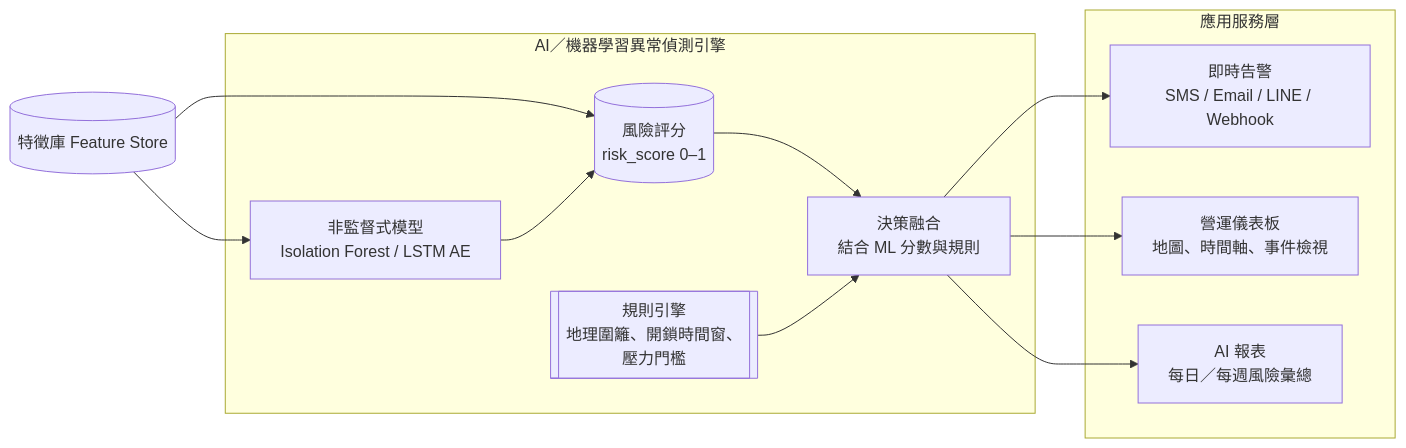
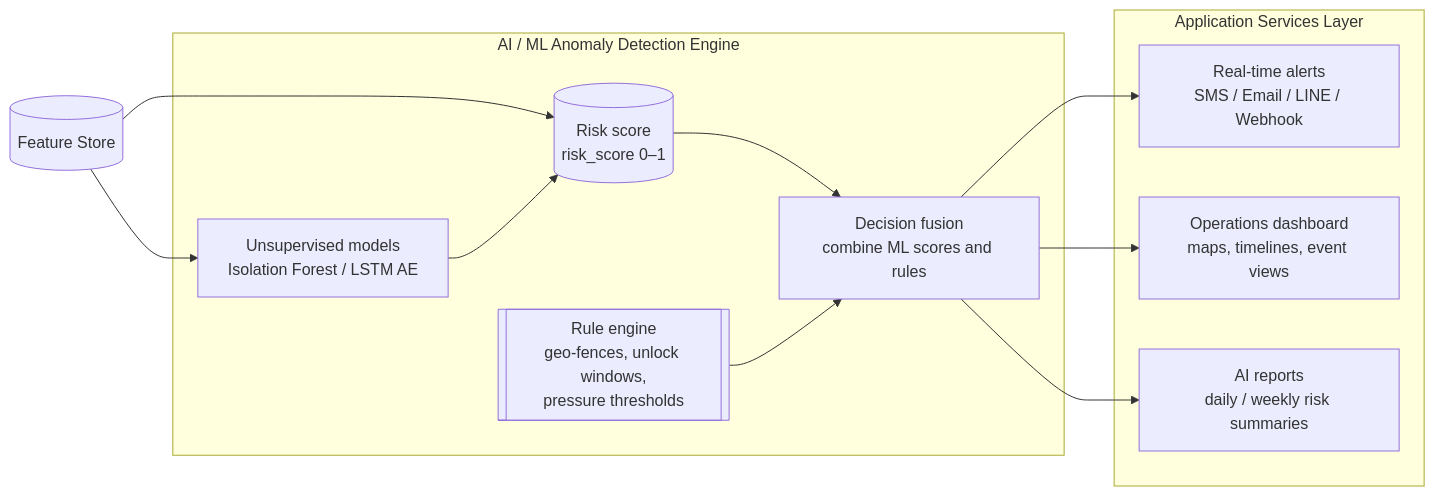
One commit to jshuo/ai-moea-proposal changed the eighth of 10 diagrams in proposal/ItracXing-Arviem-Taiwan-MOEA-Subsidy-Application.md. Above: the diagram before and after it, drawn with Mermaid. The commit also changed other lines of this file and 1 other file, not shown here.

Commit message:
Refactor diagrams and text for clarity and consistency in the AI Application Acceleration Program proposal

````diff
--- a/proposal/ItracXing-Arviem-Taiwan-MOEA-Subsidy-Application.md
+++ b/proposal/ItracXing-Arviem-Taiwan-MOEA-Subsidy-Application.md
@@ -837,30 +837,29 @@
 ```mermaid
 flowchart LR
-  %% 圖 2：AI / 機器學習 → 應用服務（消費特徵庫）
-  FEAT_HUB[(特徵庫 Feature Store)]
+  %% Figure 2: AI / ML → Application services (consuming Feature Store)
+  FEAT_HUB[(Feature Store)]
 
-  subgraph AI["AI／機器學習異常偵測引擎"]
-    ISOF[非監督式模型<br/>Isolation Forest / LSTM AE]
-    RISK[(風險評分<br/>risk_score 0–1)]
-    RULES[[規則引擎<br/>地理圍籬、開鎖時間窗、<br/>壓力門檻]]
-    FUSE[決策融合<br/>結合 ML 分數與規則]
+  subgraph AI["AI / ML Anomaly Detection Engine"]
+    ISOF[Unsupervised models<br/>Isolation Forest / LSTM AE]
+    RISK[(Risk score<br/>risk_score 0–1)]
+    RULES[[Rule engine<br/>geo-fences, unlock windows,<br/>pressure thresholds]]
+    FUSE[Decision fusion<br/>combine ML scores and rules]
   end
 
-  subgraph Apps["應用服務層"]
-    ALERT[即時告警<br/>SMS / Email / LINE / Webhook]
-    DASH[營運儀表板<br/>地圖、時間軸、事件檢視]
-    REPORT[AI 報表<br/>每日／每週風險彙總]
+  subgraph Apps["Application Services Layer"]
+    ALERT[Real-time alerts<br/>SMS / Email / LINE / Webhook]
+    DASH[Operations dashboard<br/>maps, timelines, event views]
+    REPORT[AI reports<br/>daily / weekly risk summaries]
   end
 
   FEAT_HUB --> ISOF
   FEAT_HUB --> RISK
 
   ISOF --> RISK
   RISK --> FUSE
   RULES --> FUSE
 
   FUSE --> ALERT
   FUSE --> DASH
   FUSE --> REPORT
-
 ```
````
